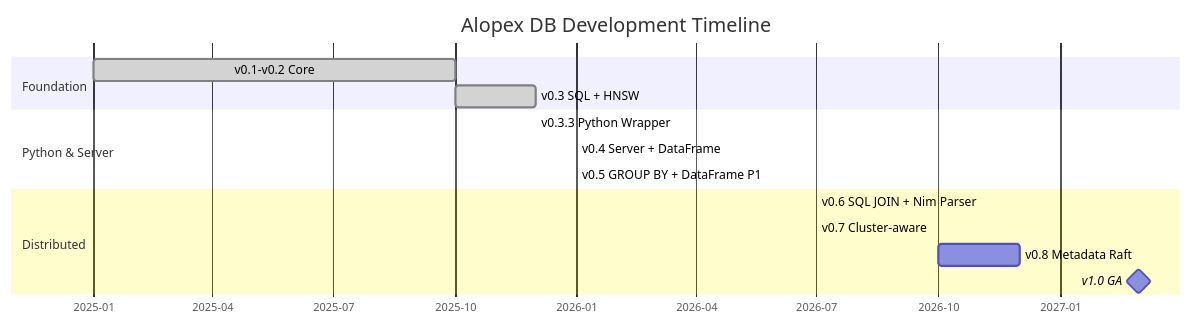
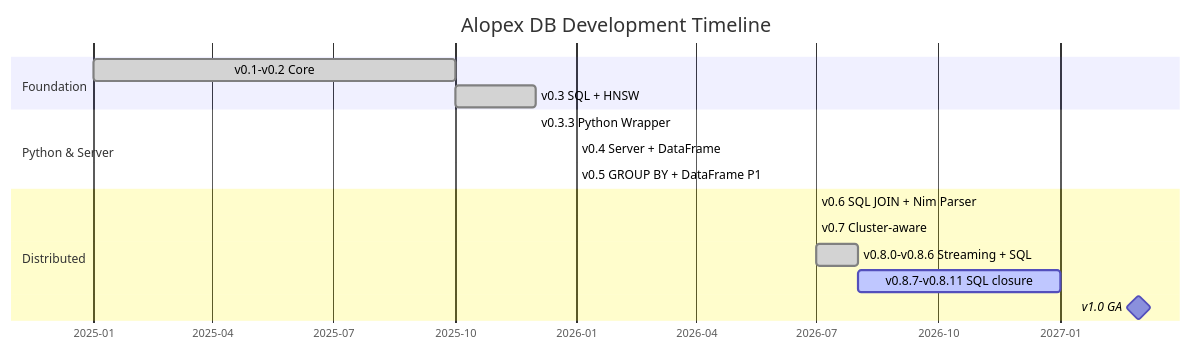
Before and after one commit to alopex-db/alopex-db.github.io: the diagram in docs/index.md, drawn with Mermaid. The commit also changed other lines of this file and 8 other files, not shown here.

````diff
--- a/docs/index.md
+++ b/docs/index.md
@@ -234,21 +237,22 @@
 ```mermaid
 gantt
     title Alopex DB Development Timeline
     dateFormat  YYYY-MM
     axisFormat  %Y-%m
 
     section Foundation
     v0.1-v0.2 Core          :done, 2025-01, 2025-10
     v0.3 SQL + HNSW         :done, 2025-10, 2025-12
 
     section Python & Server
     v0.3.3 Python Wrapper   :done, 2025-12, 2025-12
     v0.4 Server + DataFrame :done, 2026-01, 2026-01
     v0.5 GROUP BY + DataFrame P1 :done, 2026-01, 2026-01
 
     section Distributed
     v0.6 SQL JOIN + Nim Parser :done, 2026-07, 2026-07
     v0.7 Cluster-aware      :done, 2026-07, 2026-07
-    v0.8 Metadata Raft      :2026-10, 2026-12
+    v0.8.0-v0.8.6 Streaming + SQL :done, 2026-07, 2026-08
+    v0.8.7-v0.8.11 SQL closure :active, 2026-08, 2027-01
     v1.0 GA                 :milestone, 2027-03, 0d
 ```
````
